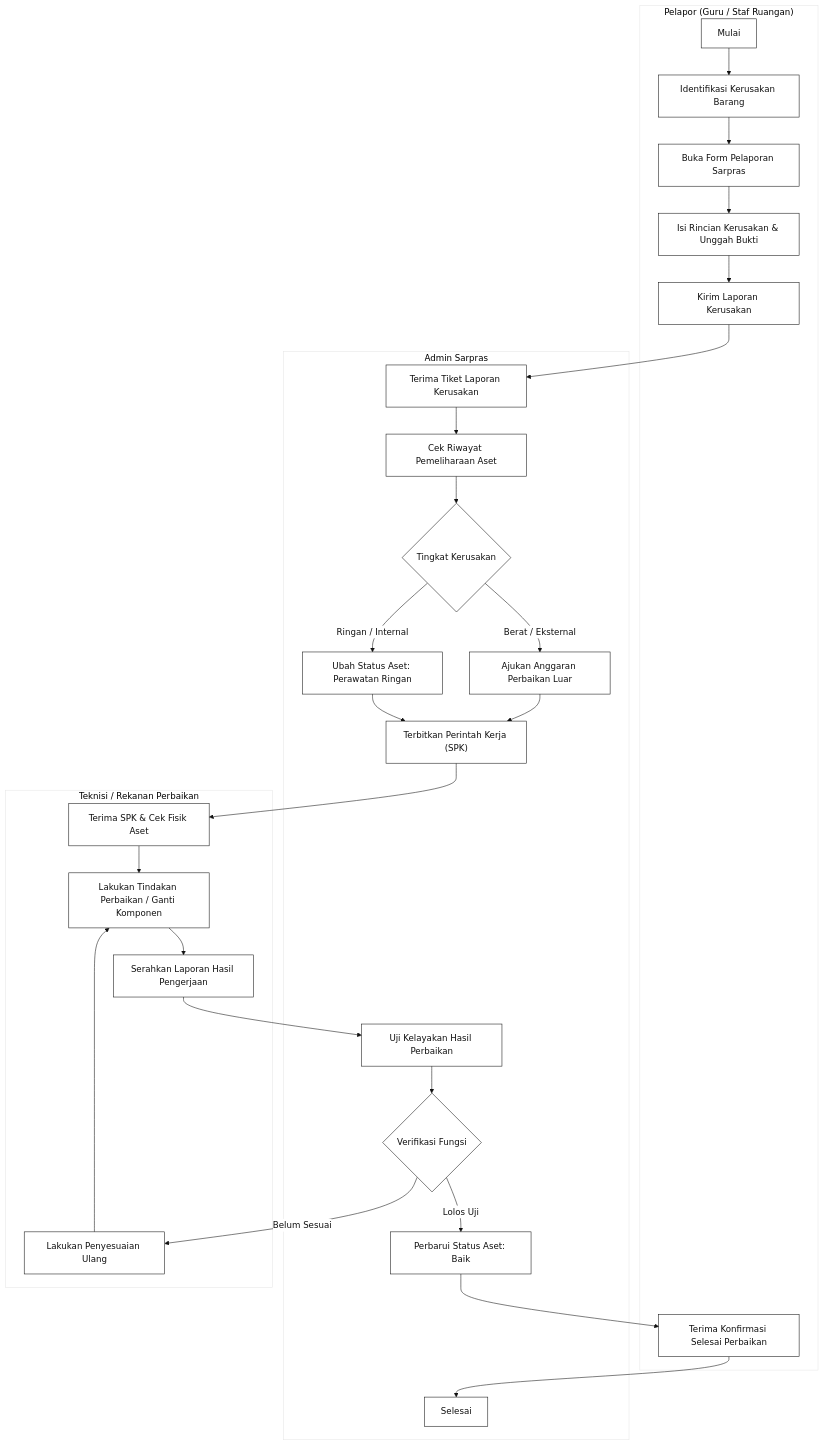
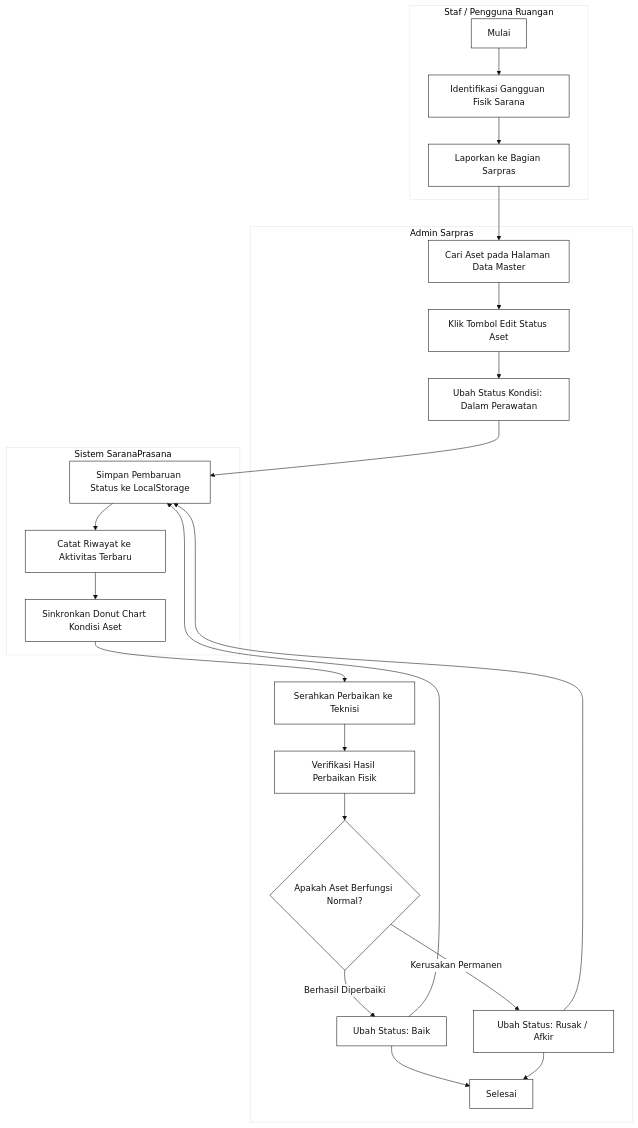
The third of 4 diagrams in docs/perancangan.md (HeinrichRaxwell/Sarpras), drawn with Mermaid before and after one commit. The commit also changed other lines of this file and 10 other files, not shown here.

Commit message:
selesaikan implementasi sarpras sesuai showcase

````diff
--- a/docs/perancangan.md
+++ b/docs/perancangan.md
@@ -196,49 +187,42 @@
 ```mermaid
 %%{init: {'theme': 'base', 'themeVariables': { 'primaryColor': '#ffffff', 'primaryBorderColor': '#111111', 'primaryTextColor': '#111111', 'lineColor': '#111111', 'secondaryColor': '#ffffff', 'tertiaryColor': '#ffffff' }}}%%
 flowchart TD
-    subgraph Pelapor["Pelapor (Guru / Staf Ruangan)"]
-        R1["Mulai"] --> R2["Identifikasi Kerusakan Barang"]
-        R2 --> R3["Buka Form Pelaporan Sarpras"]
-        R3 --> R4["Isi Rincian Kerusakan & Unggah Bukti"]
-        R4 --> R5["Kirim Laporan Kerusakan"]
-        R6["Terima Konfirmasi Selesai Perbaikan"]
+    subgraph Staf["Staf / Pengguna Ruangan"]
+        U1["Mulai"] --> U2["Identifikasi Gangguan Fisik Sarana"]
+        U2 --> U3["Laporkan ke Bagian Sarpras"]
     end
 
     subgraph Admin["Admin Sarpras"]
-        A1["Terima Tiket Laporan Kerusakan"]
-        A2["Cek Riwayat Pemeliharaan Aset"]
-        A3{"Tingkat Kerusakan"}
-        A4["Ubah Status Aset: Perawatan Ringan"]
-        A5["Ajukan Anggaran Perbaikan Luar"]
-        A6["Terbitkan Perintah Kerja (SPK)"]
-        A7["Uji Kelayakan Hasil Perbaikan"]
-        A8{"Verifikasi Fungsi"}
-        A9["Perbarui Status Aset: Baik"]
-        A10["Selesai"]
+        M1["Cari Aset pada Halaman Data Master"]
+        M2["Klik Tombol Edit Status Aset"]
+        M3["Ubah Status Kondisi: Dalam Perawatan"]
+        M4["Serahkan Perbaikan ke Teknisi"]
+        M5["Verifikasi Hasil Perbaikan Fisik"]
+        M6{"Apakah Aset Berfungsi Normal?"}
+        M7["Ubah Status: Baik"]
+        M8["Ubah Status: Rusak / Afkir"]
+        M9["Selesai"]
     end
 
-    subgraph Teknisi["Teknisi / Rekanan Perbaikan"]
-        T1["Terima SPK & Cek Fisik Aset"]
-        T2["Lakukan Tindakan Perbaikan / Ganti Komponen"]
-        T3["Serahkan Laporan Hasil Pengerjaan"]
-        T4["Lakukan Penyesuaian Ulang"]
+    subgraph Aplikasi["Sistem SaranaPrasana"]
+        APP1["Simpan Pembaruan Status ke LocalStorage"]
+        APP2["Catat Riwayat ke Aktivitas Terbaru"]
+        APP3["Sinkronkan Donut Chart Kondisi Aset"]
     end
 
-    R5 --> A1
-    A1 --> A2
-    A2 --> A3
-    A3 -- "Ringan / Internal" --> A4
-    A3 -- "Berat / Eksternal" --> A5
-    A4 --> A6
-    A5 --> A6
-    A6 --> T1
-    T1 --> T2
-    T2 --> T3
-    T3 --> A7
-    A7 --> A8
-    A8 -- "Lolos Uji" --> A9
-    A8 -- "Belum Sesuai" --> T4
-    T4 --> T2
-    A9 --> R6
-    R6 --> A10
+    U3 --> M1
+    M1 --> M2
+    M2 --> M3
+    M3 --> APP1
+    APP1 --> APP2
+    APP2 --> APP3
+    APP3 --> M4
+    M4 --> M5
+    M5 --> M6
+    M6 -- "Berhasil Diperbaiki" --> M7
+    M6 -- "Kerusakan Permanen" --> M8
+    M7 --> APP1
+    M8 --> APP1
+    M7 --> M9
+    M8 --> M9
 ```
````
